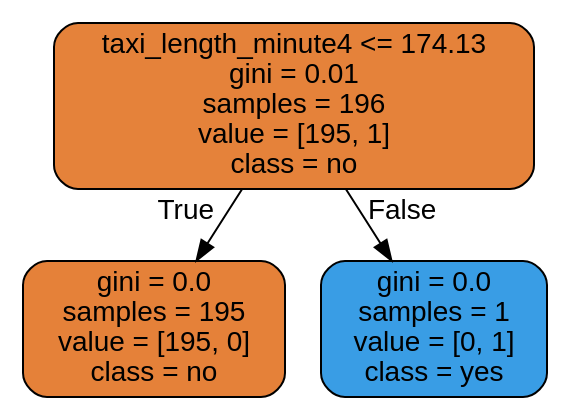
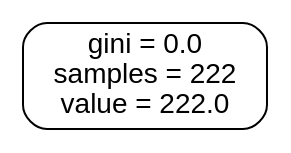
Before and after one commit to DungDinhDungDinh/capstone_project: the diagram in t4_heavy_congestion.dot, drawn with Graphviz. The commit also changed 550 other files, not shown here.

```diff
--- a/t4_heavy_congestion.dot
+++ b/t4_heavy_congestion.dot
@@ -1,9 +1,5 @@
 digraph Tree {
 node [shape=box, style="filled, rounded", color="black", fontname="helvetica"] ;
 edge [fontname="helvetica"] ;
-0 [label="taxi_length_minute4 <= 174.13\ngini = 0.01\nsamples = 196\nvalue = [195, 1]\nclass = no", fillcolor="#e5823a"] ;
-1 [label="gini = 0.0\nsamples = 195\nvalue = [195, 0]\nclass = no", fillcolor="#e58139"] ;
-0 -> 1 [labeldistance=2.5, labelangle=45, headlabel="True"] ;
-2 [label="gini = 0.0\nsamples = 1\nvalue = [0, 1]\nclass = yes", fillcolor="#399de5"] ;
-0 -> 2 [labeldistance=2.5, labelangle=-45, headlabel="False"] ;
+0 [label="gini = 0.0\nsamples = 222\nvalue = 222.0", fillcolor="#ffffff"] ;
 }
```
